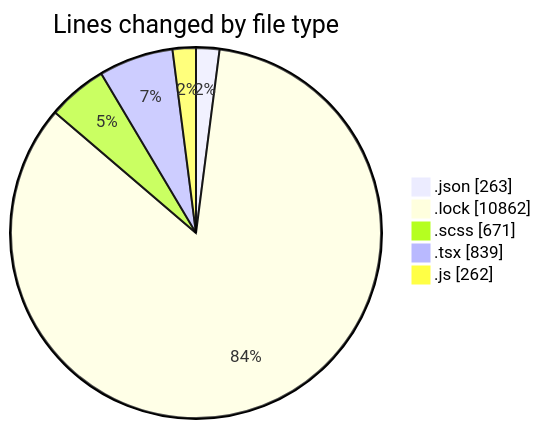
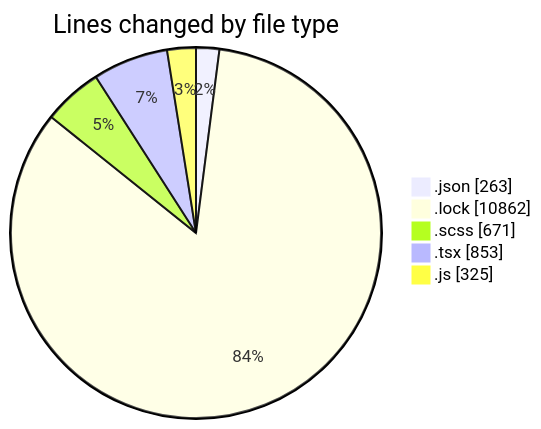
Before and after one commit to momahboobian/code-tracking: the first of 2 diagrams in 2026-05-18/cda/README.md, drawn with Mermaid. The commit also changed other lines of this file and 1 other file, not shown here.

````diff
--- a/2026-05-18/cda/README.md
+++ b/2026-05-18/cda/README.md
@@ -33,9 +34,9 @@
 ```mermaid
 pie showData
 title Lines changed by file type
 ".json" : 263
 ".lock" : 10862
 ".scss" : 671
-".tsx" : 839
-".js" : 262
+".tsx" : 853
+".js" : 325
 ```
````
